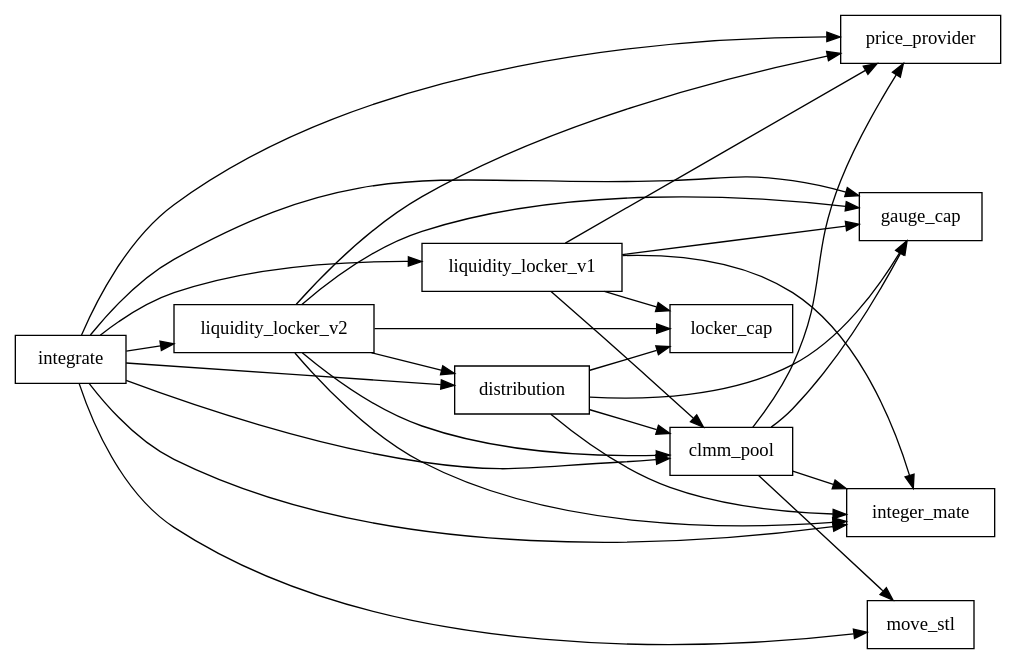
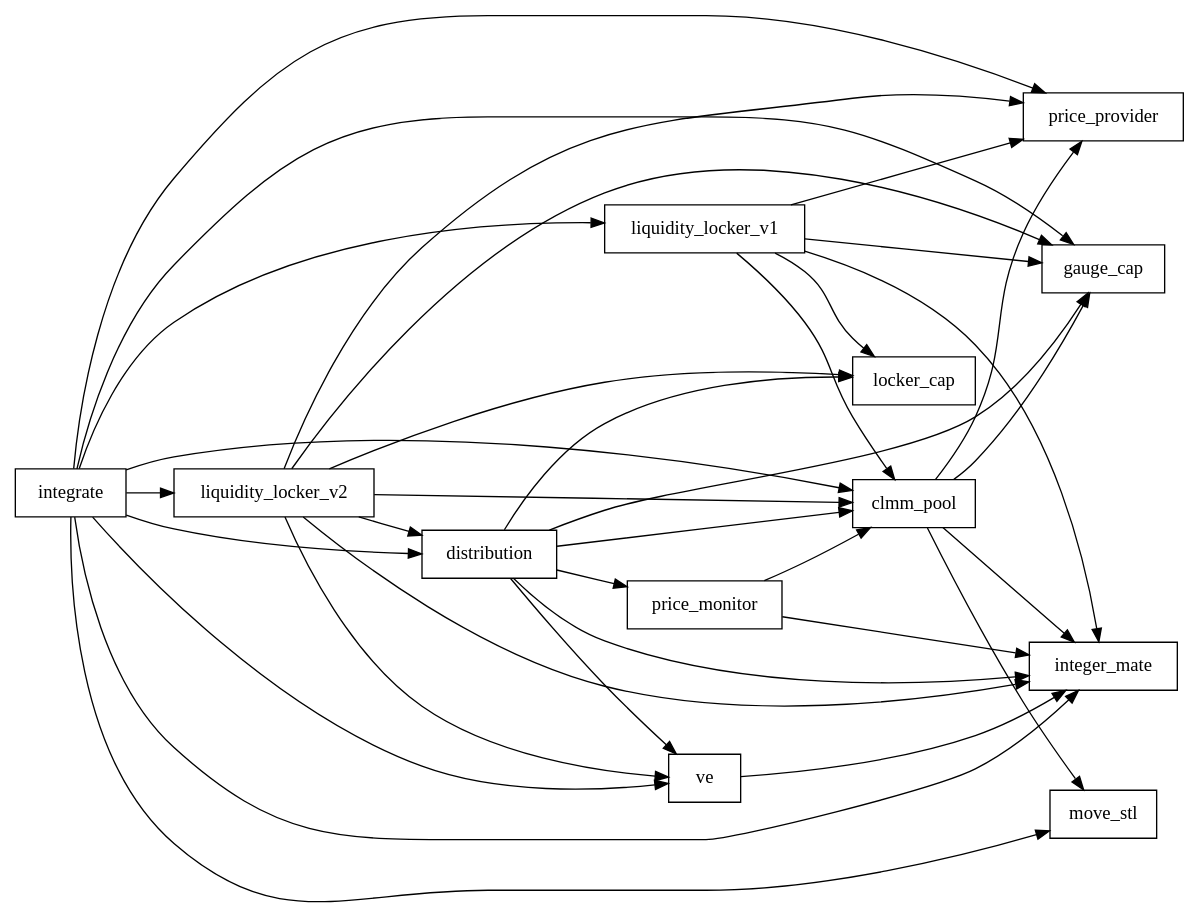
One commit to LFBuild/FullSail-SC changed the diagram in dependency_graph.dot. Above: the diagram before and after it, drawn with Graphviz. The commit also changed 1 other file, not shown here.

Commit message:
update dependancy graph

```diff
--- a/dependency_graph.dot
+++ b/dependency_graph.dot
@@ -1,45 +1,55 @@
 digraph Dependencies {
     rankdir=LR;
     node [shape=box];
 
     // Nodes with no incoming dependencies
     "integrate";
 
     // Dependency relationships:
     "clmm_pool"    -> "price_provider"
     "integrate"    -> "price_provider"
 
     "integrate"    -> "liquidity_locker_v1"
     "integrate"    -> "liquidity_locker_v2"
 
     "liquidity_locker_v1" -> "clmm_pool"
     "liquidity_locker_v1" -> "integer_mate"
     "liquidity_locker_v1" -> "price_provider"
     "liquidity_locker_v1" -> "gauge_cap"
     "liquidity_locker_v1" -> "locker_cap"
 
 
     "liquidity_locker_v2" -> "clmm_pool"
     "liquidity_locker_v2" -> "integer_mate"
     "liquidity_locker_v2" -> "price_provider"
     "liquidity_locker_v2" -> "gauge_cap"
     "liquidity_locker_v2" -> "distribution"
     "liquidity_locker_v2" -> "locker_cap"
 
 
     "distribution" -> "clmm_pool";
     "integrate"    -> "clmm_pool";
     "integrate"    -> "distribution";
 
     "clmm_pool"    -> "move_stl";
     "integrate"    -> "move_stl";
 
     "clmm_pool"    -> "integer_mate";
     "integrate"    -> "integer_mate";
     "distribution"  -> "integer_mate";
 
     "clmm_pool"    -> "gauge_cap";
     "distribution" -> "gauge_cap";
     "integrate"    -> "gauge_cap";
     "distribution" -> "locker_cap"
+
+    "price_monitor" -> "clmm_pool"
+    "price_monitor" -> "integer_mate"
+    "distribution" -> "price_monitor"
+
+    "ve" -> "integer_mate"
+    "distribution" -> "ve"
+    "integrate" -> "ve"
+    "liquidity_locker_v2" -> "ve"
+
 }
```
